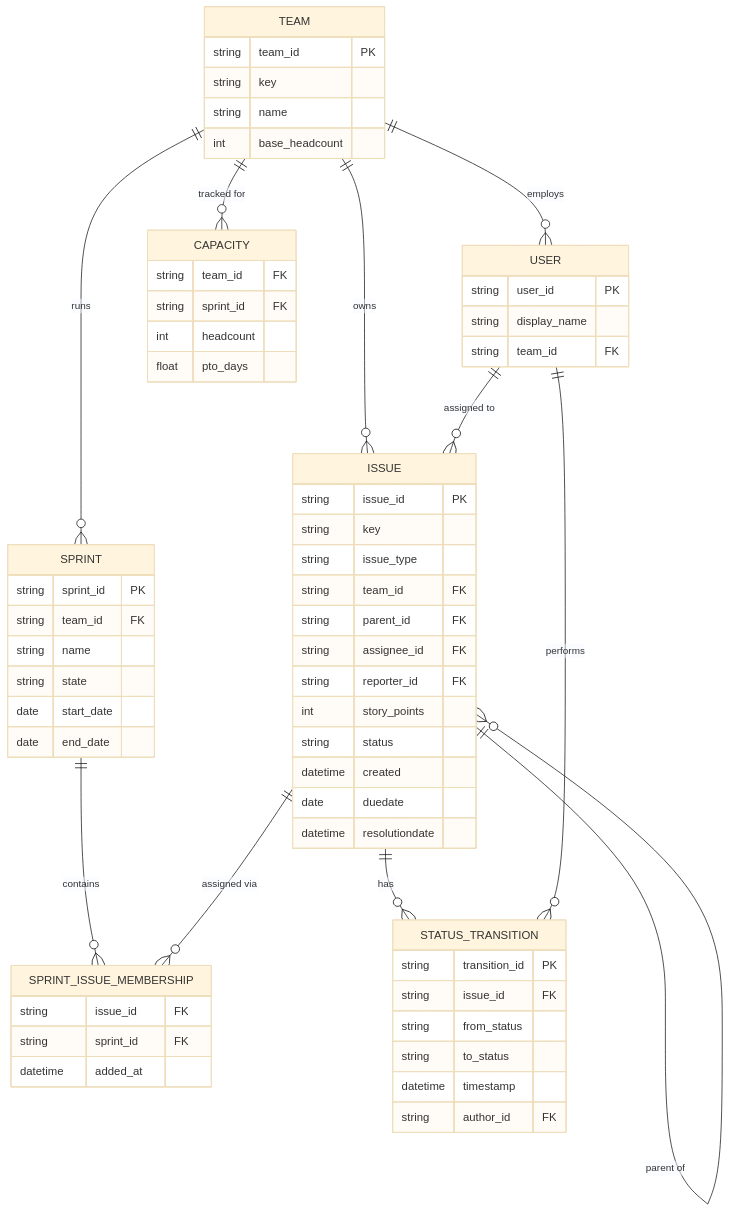
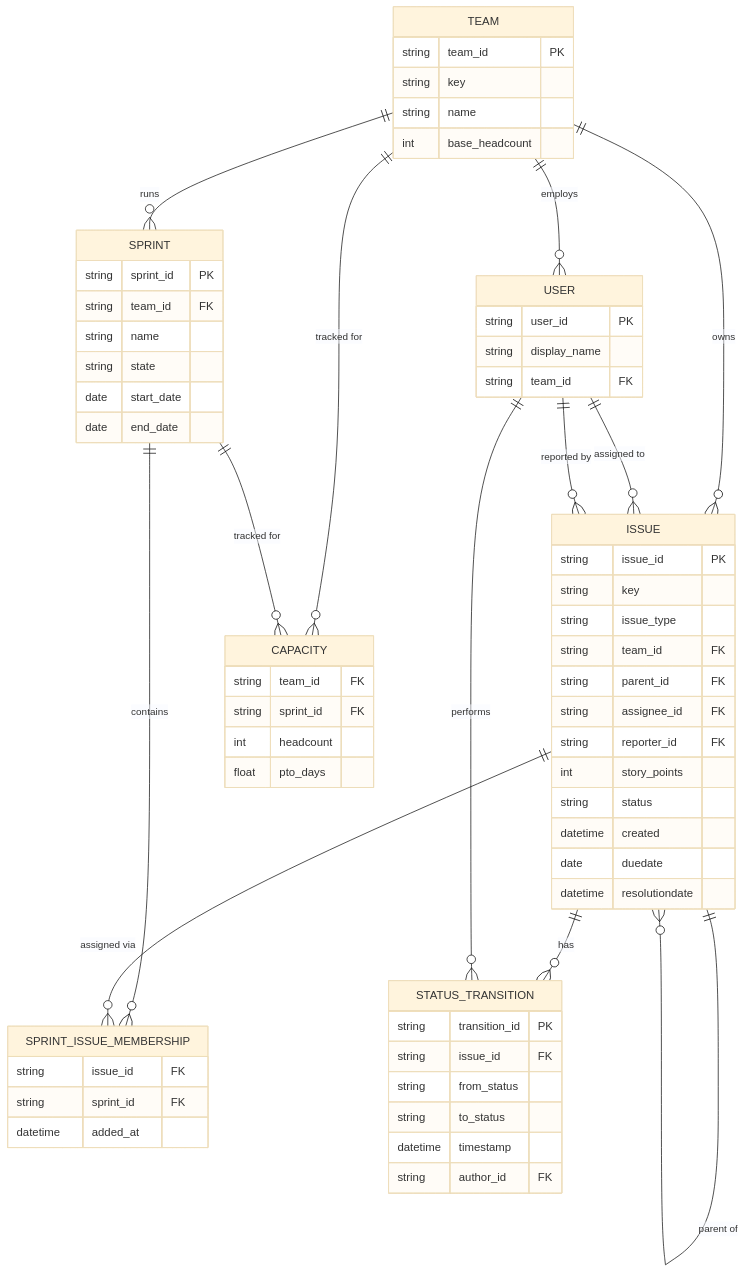
The diagram in docs/domain-model.md (YassineBelhamadia/Agile-Analytics-Pipeline), drawn with Mermaid (base theme) before and after one commit. The commit also changed other lines of this file, not shown here.

````diff
--- a/docs/domain-model.md
+++ b/docs/domain-model.md
@@ -13,66 +13,68 @@
 ```mermaid
 erDiagram
   TEAM ||--o{ USER : employs
   TEAM ||--o{ SPRINT : runs
   TEAM ||--o{ ISSUE : owns
   TEAM ||--o{ CAPACITY : "tracked for"
   SPRINT ||--o{ SPRINT_ISSUE_MEMBERSHIP : contains
+  SPRINT ||--o{ CAPACITY : "tracked for"
   ISSUE ||--o{ SPRINT_ISSUE_MEMBERSHIP : "assigned via"
   ISSUE ||--o{ STATUS_TRANSITION : has
   ISSUE ||--o{ ISSUE : "parent of"
   USER ||--o{ STATUS_TRANSITION : performs
   USER ||--o{ ISSUE : "assigned to"
+  USER ||--o{ ISSUE : "reported by"
 
   TEAM {
     string team_id PK
     string key
     string name
     int base_headcount
   }
   USER {
     string user_id PK
     string display_name
     string team_id FK
   }
   SPRINT {
     string sprint_id PK
     string team_id FK
     string name
     string state
     date start_date
     date end_date
   }
   ISSUE {
     string issue_id PK
     string key
     string issue_type
     string team_id FK
     string parent_id FK
     string assignee_id FK
     string reporter_id FK
     int story_points
     string status
     datetime created
     date duedate
     datetime resolutiondate
   }
   STATUS_TRANSITION {
     string transition_id PK
     string issue_id FK
     string from_status
     string to_status
     datetime timestamp
     string author_id FK
   }
   SPRINT_ISSUE_MEMBERSHIP {
     string issue_id FK
     string sprint_id FK
     datetime added_at
   }
   CAPACITY {
     string team_id FK
     string sprint_id FK
     int headcount
     float pto_days
   }
 ```
````
